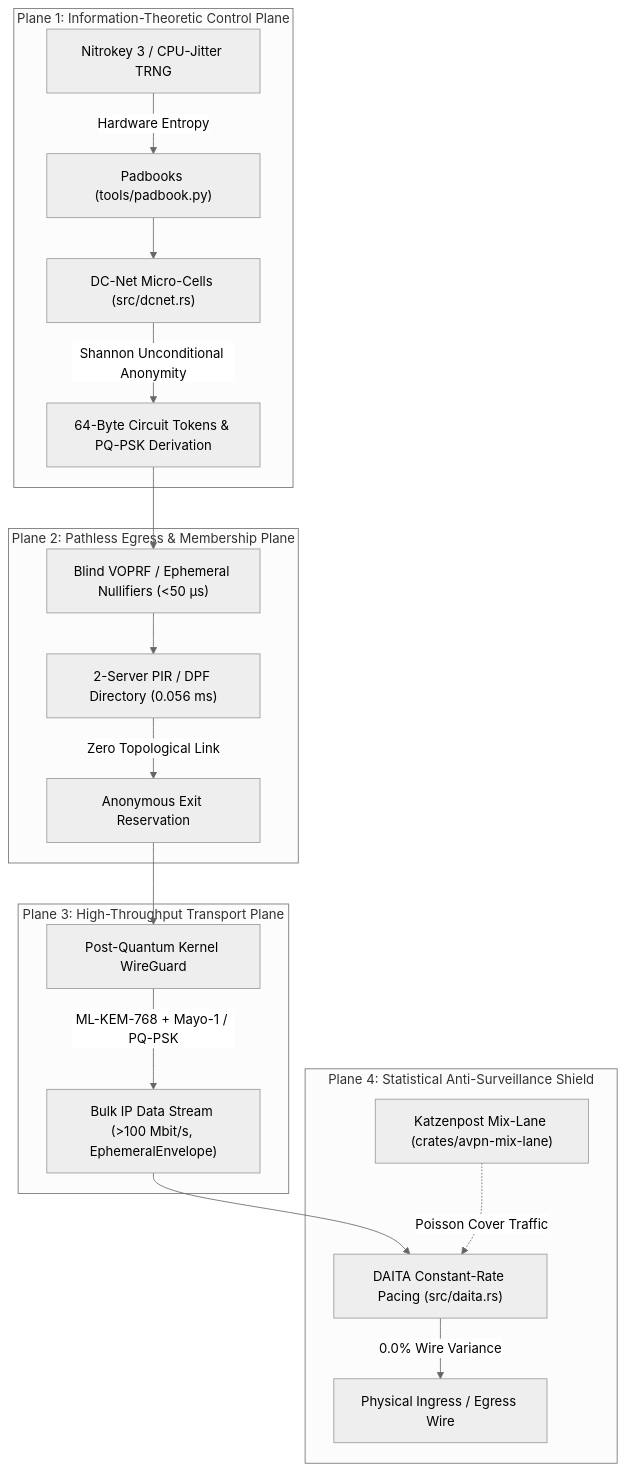
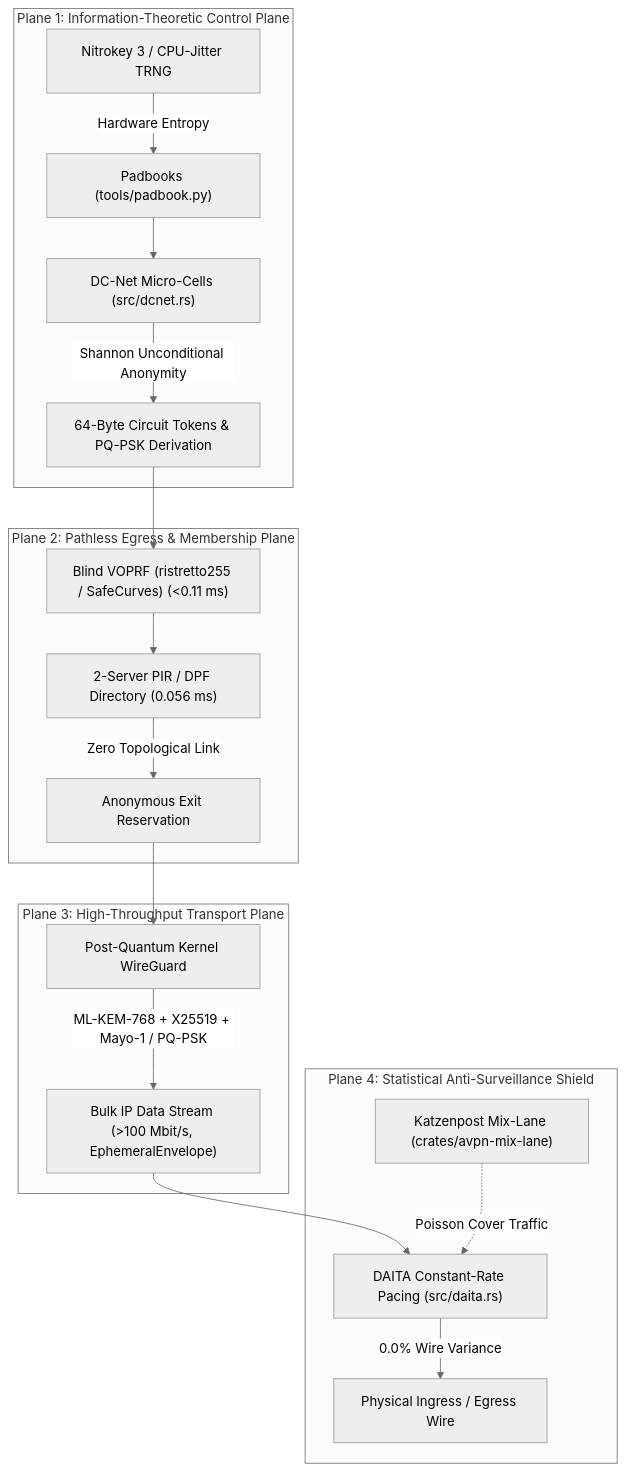
The diagram in docs/CYPHERPUNKS_PROTOCOL_SPECIFICATION.md (R1VER77/ADVANCED_VPN), drawn with Mermaid (neutral theme) before and after one commit. The commit also changed other lines of this file, not shown here.

Commit message:
Enforce SafeCurves mandate banning NIST P-256 in favor of ristretto255, decaf448, and X25519

````diff
--- a/docs/CYPHERPUNKS_PROTOCOL_SPECIFICATION.md
+++ b/docs/CYPHERPUNKS_PROTOCOL_SPECIFICATION.md
@@ -39,25 +39,25 @@
 ```mermaid
 flowchart TD
     subgraph P1["Plane 1: Information-Theoretic Control Plane"]
         NK["Nitrokey 3 / CPU-Jitter TRNG"] -->|"Hardware Entropy"| PB["Padbooks (tools/padbook.py)"]
         PB --> DC["DC-Net Micro-Cells (src/dcnet.rs)"]
         DC -->|"Shannon Unconditional Anonymity"| TOK["64-Byte Circuit Tokens & PQ-PSK Derivation"]
     end
 
     subgraph P2["Plane 2: Pathless Egress & Membership Plane"]
-        TOK --> VOPRF["Blind VOPRF / Ephemeral Nullifiers (<50 µs)"]
+        TOK --> VOPRF["Blind VOPRF (ristretto255 / SafeCurves) (<0.11 ms)"]
         VOPRF --> PIR["2-Server PIR / DPF Directory (0.056 ms)"]
         PIR -->|"Zero Topological Link"| EXT["Anonymous Exit Reservation"]
     end
 
     subgraph P3["Plane 3: High-Throughput Transport Plane"]
         EXT --> WG["Post-Quantum Kernel WireGuard"]
-        WG -->|"ML-KEM-768 + Mayo-1 / PQ-PSK"| DAT["Bulk IP Data Stream (>100 Mbit/s, EphemeralEnvelope)"]
+        WG -->|"ML-KEM-768 + X25519 + Mayo-1 / PQ-PSK"| DAT["Bulk IP Data Stream (>100 Mbit/s, EphemeralEnvelope)"]
     end
 
     subgraph P4["Plane 4: Statistical Anti-Surveillance Shield"]
         DAT --> CR["DAITA Constant-Rate Pacing (src/daita.rs)"]
         CR -->|"0.0% Wire Variance"| WIRE["Physical Ingress / Egress Wire"]
         MIX["Katzenpost Mix-Lane (crates/avpn-mix-lane)"] -.->|"Poisson Cover Traffic"| CR
     end
 ```
````
